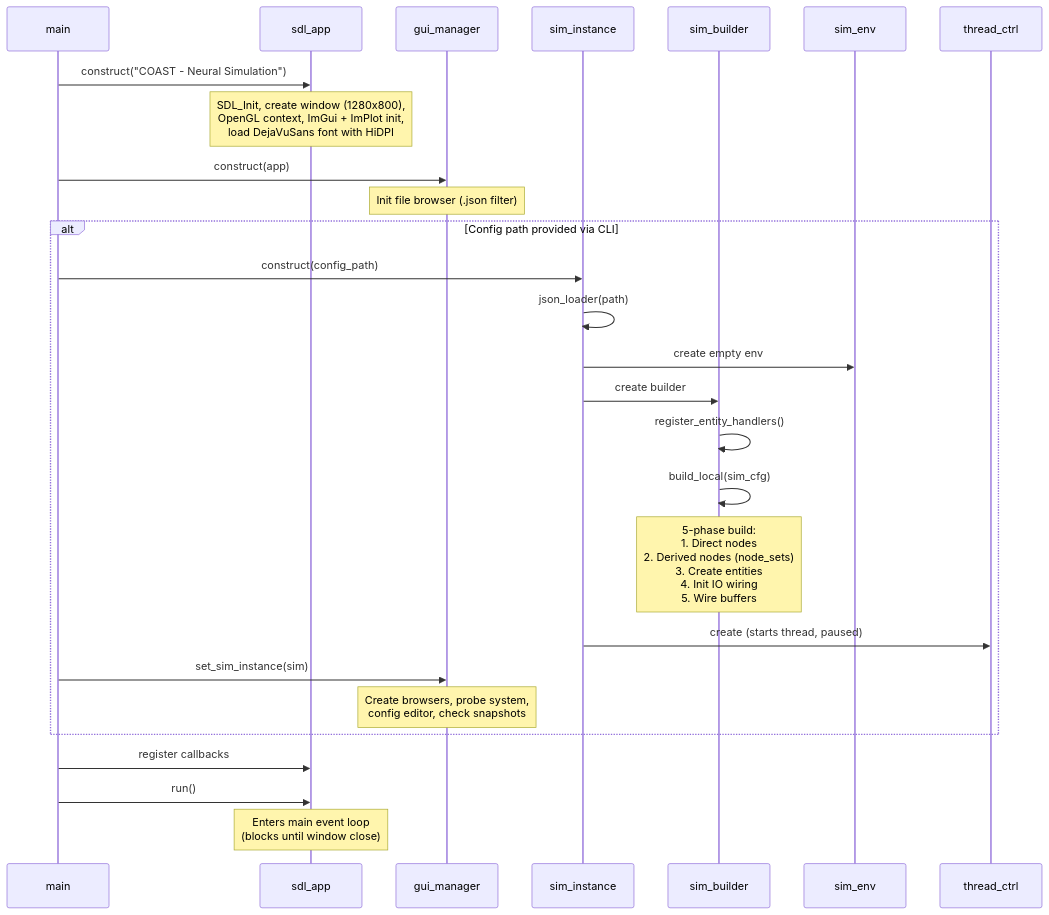
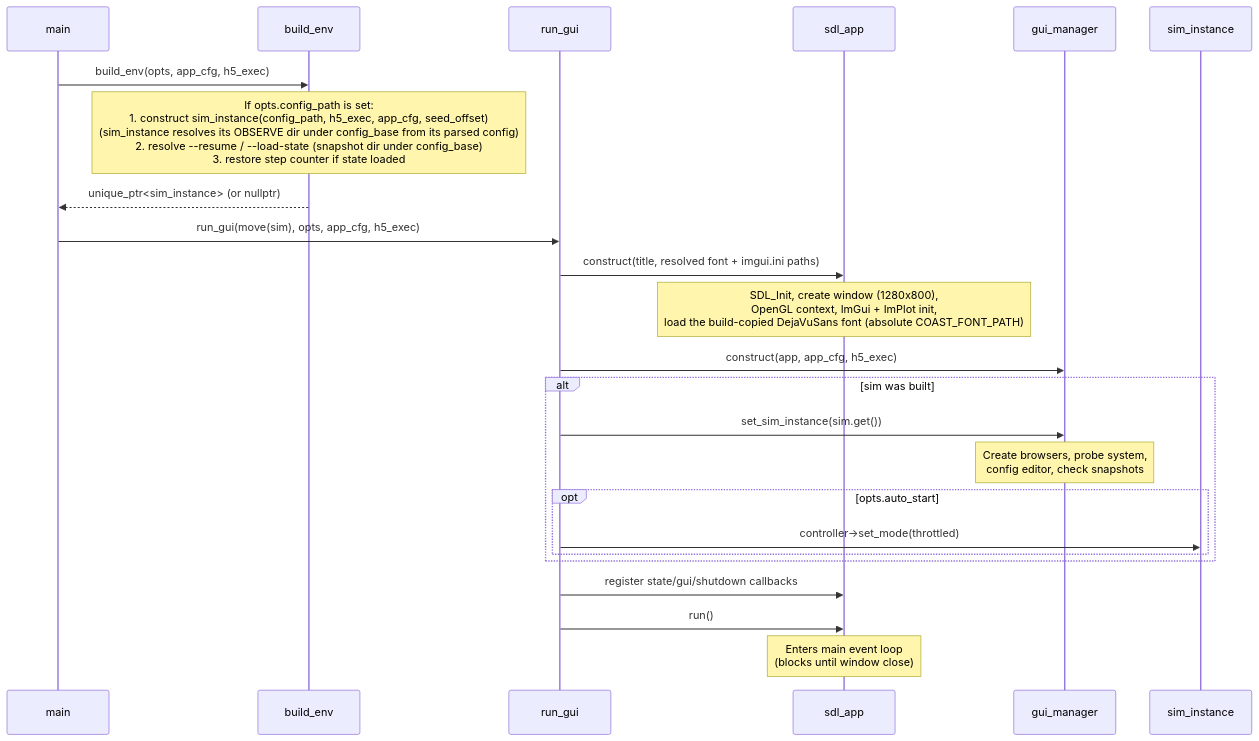
Before and after one commit to policecar/coast: the diagram in docs/content/data-flow/startup.md, drawn with Mermaid. The commit also changed other lines of this file and 929 other files, not shown here.

First line of the commit message:
Snapshot of main at 1ca566ca (2026-11-08)

````diff
--- a/docs/content/data-flow/startup.md
+++ b/docs/content/data-flow/startup.md
@@ -30,33 +87,30 @@
 ```mermaid
 sequenceDiagram
     participant main
+    participant build_env
+    participant run_gui
     participant sdl_app
     participant gui_manager
     participant sim_instance
-    participant sim_builder
-    participant sim_env
-    participant thread_ctrl
 
-    main->>sdl_app: construct("COAST - Neural Simulation")
-    Note over sdl_app: SDL_Init, create window (1280x800),<br/>OpenGL context, ImGui + ImPlot init,<br/>load DejaVuSans font with HiDPI
+    main->>build_env: build_env(opts, app_cfg, h5_exec)
+    Note over build_env: If opts.config_path is set:<br/>1. construct sim_instance(config_path, h5_exec, app_cfg, seed_offset)<br/>(sim_instance resolves its OBSERVE dir under config_base from its parsed config)<br/>2. resolve --resume / --load-state (snapshot dir under config_base)<br/>3. restore step counter if state loaded
+    build_env-->>main: unique_ptr<sim_instance> (or nullptr)
 
-    main->>gui_manager: construct(app)
-    Note over gui_manager: Init file browser (.json filter)
+    main->>run_gui: run_gui(move(sim), opts, app_cfg, h5_exec)
+    run_gui->>sdl_app: construct(title, resolved font + imgui.ini paths)
+    Note over sdl_app: SDL_Init, create window (1280x800),<br/>OpenGL context, ImGui + ImPlot init,<br/>load the build-copied DejaVuSans font (absolute COAST_FONT_PATH)
+    run_gui->>gui_manager: construct(app, app_cfg, h5_exec)
 
-    alt Config path provided via CLI
-        main->>sim_instance: construct(config_path)
-        sim_instance->>sim_instance: json_loader(path)
-        sim_instance->>sim_env: create empty env
-        sim_instance->>sim_builder: create builder
-        sim_builder->>sim_builder: register_entity_handlers()
-        sim_builder->>sim_builder: build_local(sim_cfg)
-        Note over sim_builder: 5-phase build:<br/>1. Direct nodes<br/>2. Derived nodes (node_sets)<br/>3. Create entities<br/>4. Init IO wiring<br/>5. Wire buffers
-        sim_instance->>thread_ctrl: create (starts thread, paused)
-        main->>gui_manager: set_sim_instance(sim)
+    alt sim was built
+        run_gui->>gui_manager: set_sim_instance(sim.get())
         Note over gui_manager: Create browsers, probe system,<br/>config editor, check snapshots
+        opt opts.auto_start
+            run_gui->>sim_instance: controller->set_mode(throttled)
+        end
     end
 
-    main->>sdl_app: register callbacks
-    main->>sdl_app: run()
+    run_gui->>sdl_app: register state/gui/shutdown callbacks
+    run_gui->>sdl_app: run()
     Note over sdl_app: Enters main event loop<br/>(blocks until window close)
 ```
````
